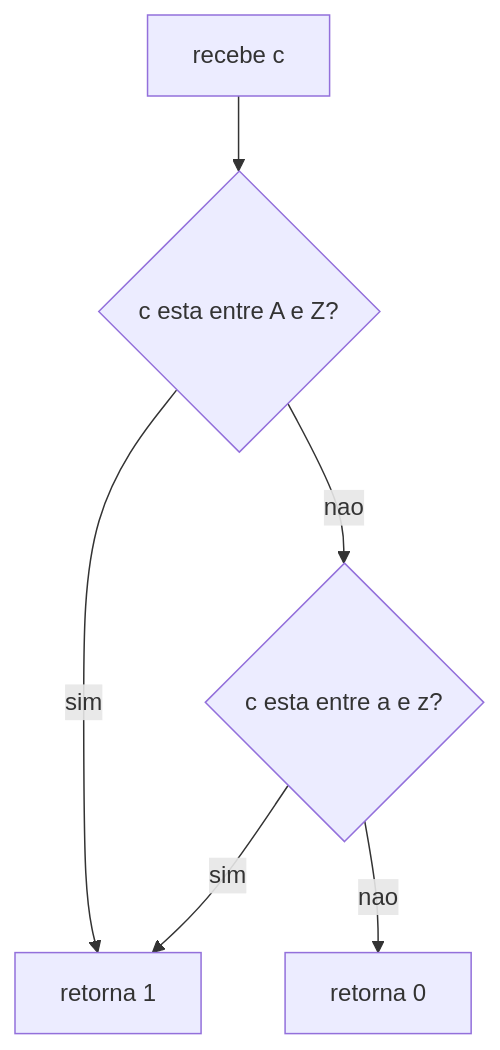
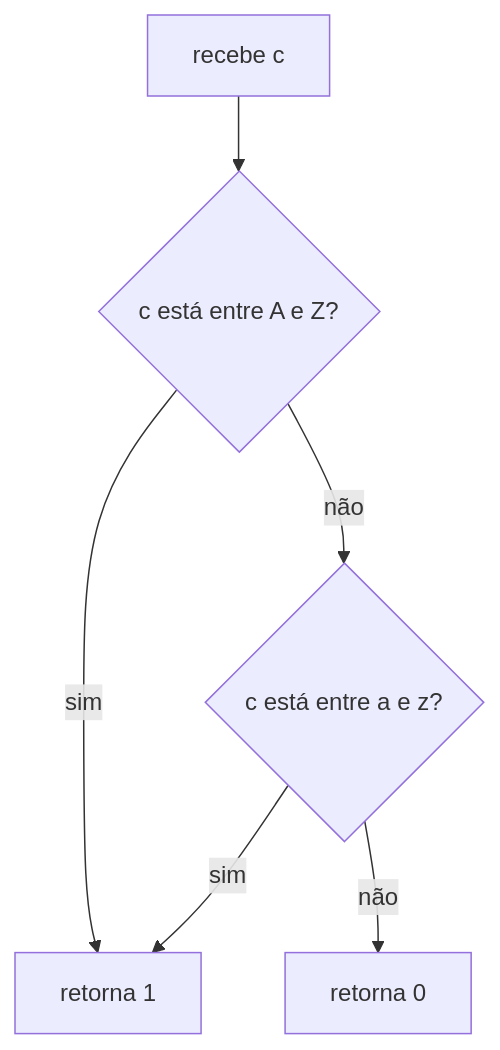
Before and after one commit to ahy-git/docs: the second of 43 diagrams in 1-libft/Readme.md, drawn with Mermaid. The commit also changed other lines of this file and 1 other file, not shown here.

````diff
--- a/1-libft/Readme.md
+++ b/1-libft/Readme.md
@@ -340,8 +340,8 @@
 ```mermaid
 flowchart TD
-	A[recebe c] --> B{c esta entre A e Z?}
-	B -- sim --> C[retorna 1]
-	B -- nao --> D{c esta entre a e z?}
+	A["recebe c"] --> B{"c está entre A e Z?"}
+	B -- sim --> C["retorna 1"]
+	B -- não --> D{"c está entre a e z?"}
 	D -- sim --> C
-	D -- nao --> E[retorna 0]
+	D -- não --> E["retorna 0"]
 ```
````
